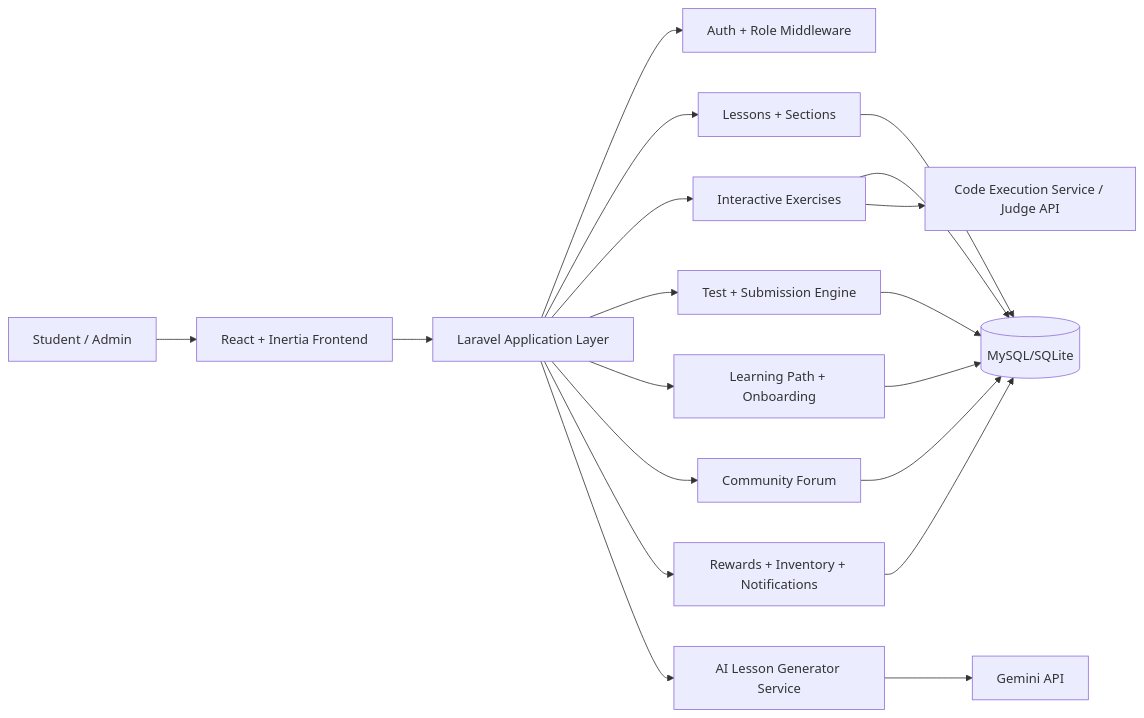
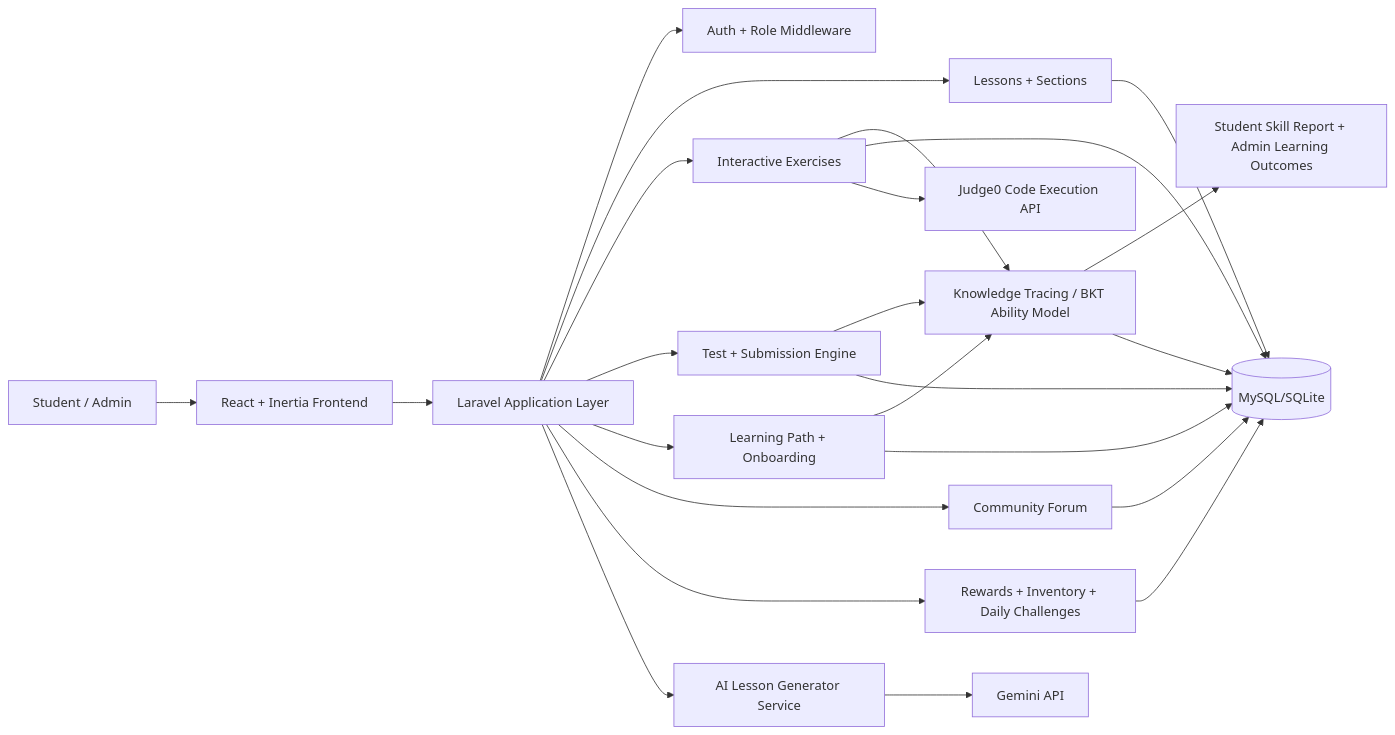
The diagram in README.md (Shuiweiqop/Web-Based-Python-Bootcamp-project), drawn with Mermaid before and after one commit. The commit also changed other lines of this file, not shown here.

First line of the commit message:
docs(readme): bring the README up to date with the mastery system

````diff
--- a/README.md
+++ b/README.md
@@ -25,24 +27,30 @@
 ```mermaid
 flowchart LR
     U[Student / Admin] --> FE[React + Inertia Frontend]
     FE --> BE[Laravel Application Layer]
 
     BE --> AUTH[Auth + Role Middleware]
     BE --> LESSON[Lessons + Sections]
     BE --> EX[Interactive Exercises]
     BE --> TEST[Test + Submission Engine]
     BE --> PATH[Learning Path + Onboarding]
     BE --> FORUM[Community Forum]
-    BE --> REWARD[Rewards + Inventory + Notifications]
+    BE --> REWARD[Rewards + Inventory + Daily Challenges]
     BE --> AI[AI Lesson Generator Service]
+
+    TEST --> MASTERY[Knowledge Tracing / BKT Ability Model]
+    EX --> MASTERY
+    PATH --> MASTERY
+    MASTERY --> REPORT[Student Skill Report + Admin Learning Outcomes]
 
     LESSON --> DB[(MySQL/SQLite)]
     EX --> DB
     TEST --> DB
     PATH --> DB
     FORUM --> DB
     REWARD --> DB
+    MASTERY --> DB
 
     AI --> GEMINI[Gemini API]
-    EX --> JUDGE[Code Execution Service / Judge API]
+    EX --> JUDGE[Judge0 Code Execution API]
 ```
````
